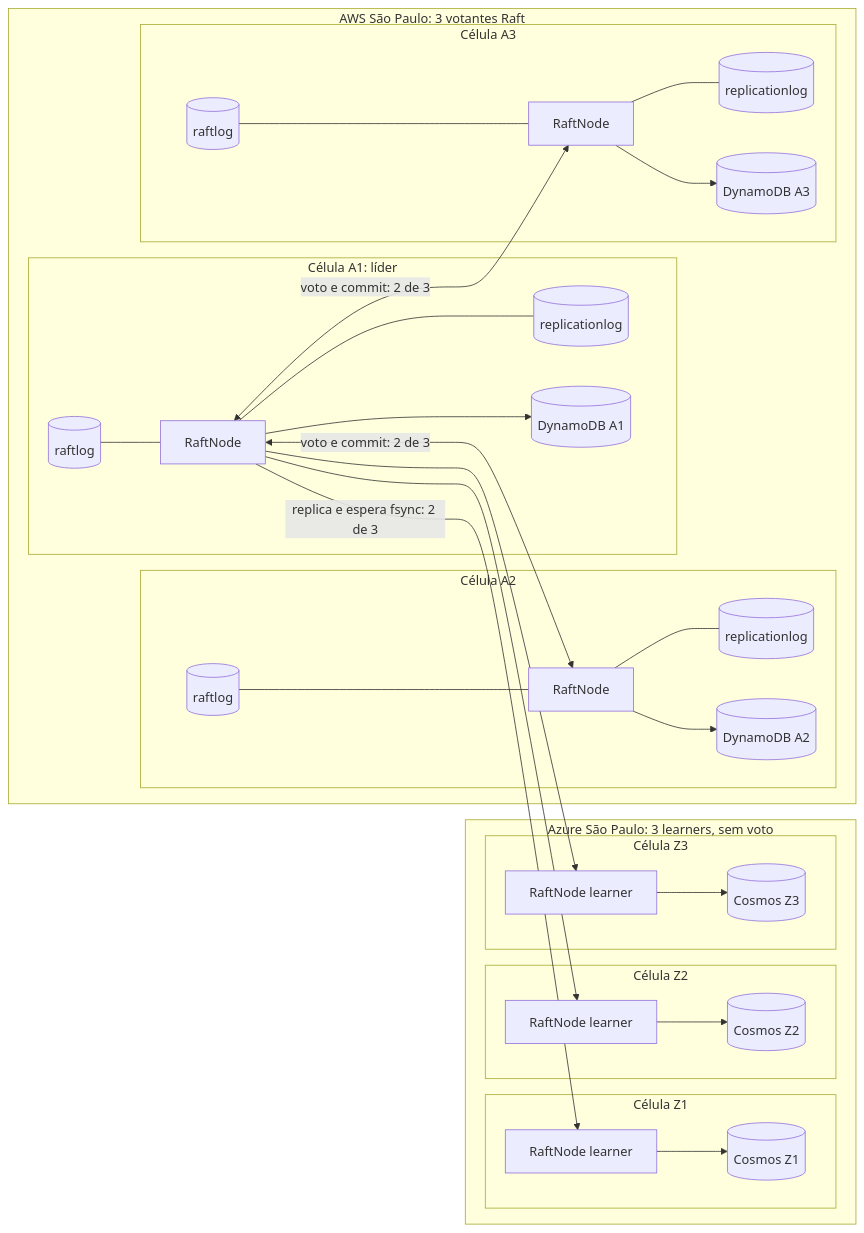
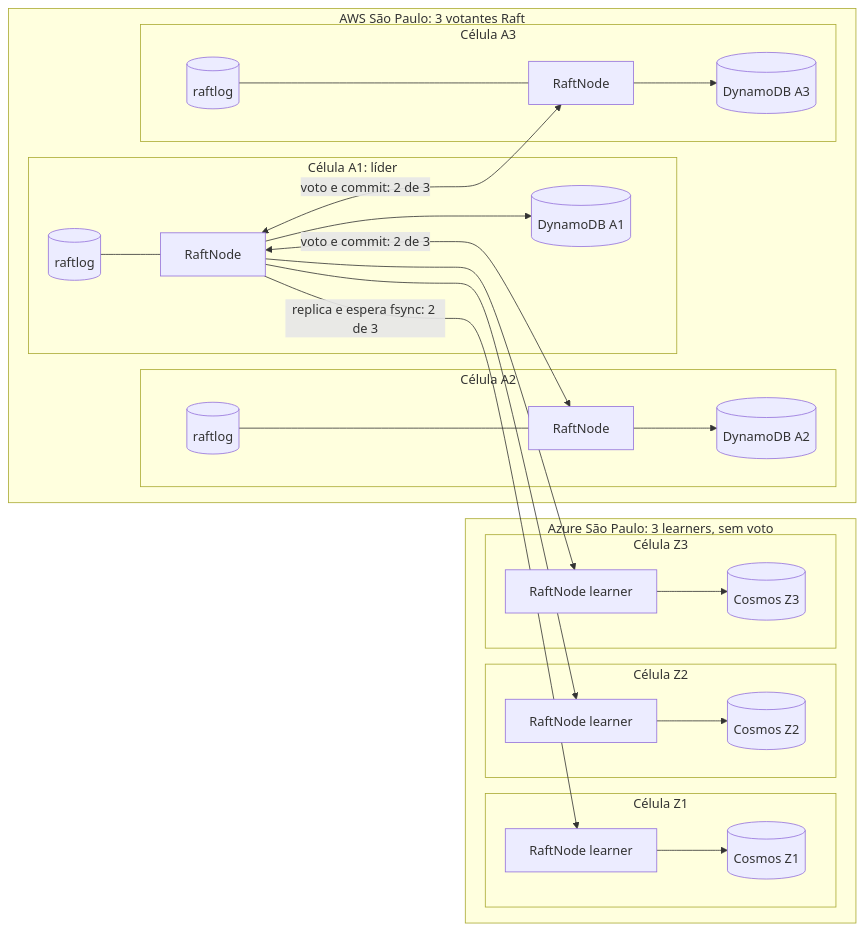
The third of 10 diagrams in doc/05_implementacao/02_desenho_e_diagramas.md (brbarmex/k), drawn with Mermaid before and after one commit. The commit also changed other lines of this file and 197 other files, not shown here.

````diff
--- a/doc/05_implementacao/02_desenho_e_diagramas.md
+++ b/doc/05_implementacao/02_desenho_e_diagramas.md
@@ -102,33 +100,33 @@
 ```mermaid
 flowchart LR
     subgraph AWS["AWS São Paulo: 3 votantes Raft"]
         subgraph A1["Célula A1: líder"]
-            A1R[("raftlog")] --- A1P["RaftNode"] --- A1L[("replicationlog")]
+            A1R[("raftlog")] --- A1P["RaftNode"]
             A1P --> A1D[("DynamoDB A1")]
         end
         subgraph A2["Célula A2"]
-            A2R[("raftlog")] --- A2P["RaftNode"] --- A2L[("replicationlog")]
+            A2R[("raftlog")] --- A2P["RaftNode"]
             A2P --> A2D[("DynamoDB A2")]
         end
         subgraph A3["Célula A3"]
-            A3R[("raftlog")] --- A3P["RaftNode"] --- A3L[("replicationlog")]
+            A3R[("raftlog")] --- A3P["RaftNode"]
             A3P --> A3D[("DynamoDB A3")]
         end
     end
     subgraph AZ["Azure São Paulo: 3 learners, sem voto"]
         subgraph Z1["Célula Z1"]
             Z1P["RaftNode learner"] --> Z1D[("Cosmos Z1")]
         end
         subgraph Z2["Célula Z2"]
             Z2P["RaftNode learner"] --> Z2D[("Cosmos Z2")]
         end
         subgraph Z3["Célula Z3"]
             Z3P["RaftNode learner"] --> Z3D[("Cosmos Z3")]
         end
     end
     A1P <-->|"voto e commit: 2 de 3"| A2P
     A1P <-->|"voto e commit: 2 de 3"| A3P
     A1P -->|"replica e espera fsync: 2 de 3"| Z1P
     A1P --> Z2P
     A1P --> Z3P
 ```
````
